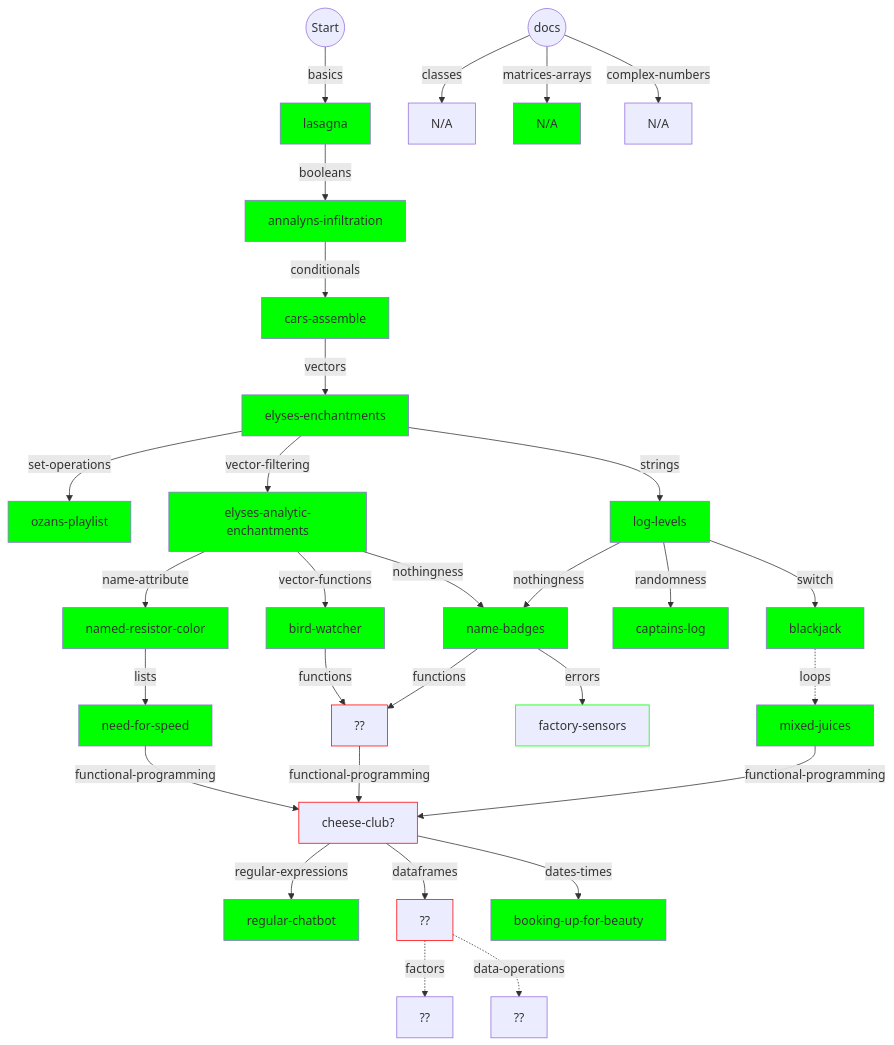
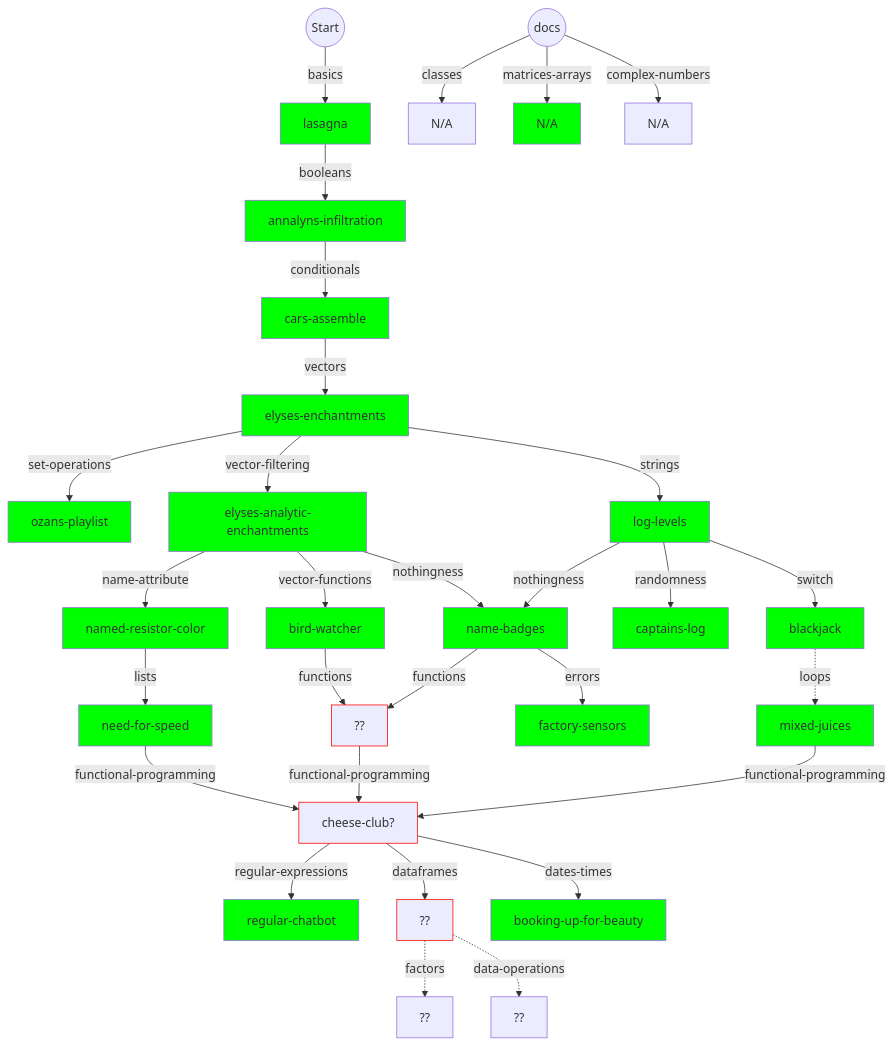
The first of 2 diagrams in r/flowchart.md (colinleach/learning-track-doodles), drawn with Mermaid before and after one commit. The commit also changed 5 other files, not shown here.

````diff
--- a/r/flowchart.md
+++ b/r/flowchart.md
@@ -10,79 +10,79 @@
 ```mermaid
 graph TD
     
 start(("Start")) --basics--> basics["lasagna"]
 style basics fill:#0f0
 
 basics --booleans--> booleans["annalyns-infiltration"]
 style booleans fill:#0f0
 
 booleans --conditionals--> conditionals["cars-assemble"]
 style conditionals fill:#0f0
 
 conditionals --vectors--> vectors["elyses-enchantments"]
 style vectors fill:#0f0
 
 switch -.loops.-> loops["mixed-juices"]
 style loops fill:#0f0
 
 vectors --set-operations--> set-operations["ozans-playlist"]
 style set-operations fill:#0f0
 
 name-attribute --lists--> lists["need-for-speed"]
 style lists fill:#0f0
 
 vectors --vector-filtering--> vector-filtering["elyses-analytic-enchantments"]
 style vector-filtering fill:#0f0
 
 vector-filtering --name-attribute--> name-attribute["named-resistor-color"]
 style name-attribute fill:#0f0
 
 vector-filtering --vector-functions--> vector-functions["bird-watcher"]
 style vector-functions fill:#0f0
 
 vectors --strings--> strings["log-levels"]
 style strings fill:#0f0
 
 vector-filtering --nothingness--> nothingness["name-badges"]
 strings --nothingness--> nothingness["name-badges"]
 style nothingness fill:#0f0
 
 strings --randomness--> randomness["captains-log"]
 style randomness fill:#0f0
 
 functional-programming --regular-expressions--> regular-expressions["regular-chatbot"]
 style regular-expressions fill:#0f0
 
 strings --switch--> switch["blackjack"]
 style switch fill:#0f0
 
 lists --functional-programming--> functional-programming["cheese-club?"]
 functions --functional-programming--> functional-programming["cheese-club?"]
 loops --functional-programming--> functional-programming["cheese-club?"]
 style functional-programming stroke:#f00
 
 functional-programming --dataframes--> dataframes["??"]
 style dataframes stroke:#f00
 
 dataframes -.factors.-> factors["??"]
 
 dataframes -.data-operations.-> data-operations["??"]
 
 functional-programming --dates-times--> dates-times["booking-up-for-beauty"]
 style dates-times fill:#0f0
 
 vector-functions --functions--> functions["??"]
 nothingness --functions--> functions["??"]
 style functions stroke:#f00
 
 nothingness --errors--> errors["factory-sensors "]
-style errors stroke:#0f0
+style errors fill:#0f0
 
 unattached(("docs")) --classes--> classes["N/A"]
 
 unattached --matrices-arrays--> matrices-arrays["N/A"]
 style matrices-arrays fill:#0f0
 
 unattached --complex-numbers--> complex-numbers["N/A"]
 
 ```
````
